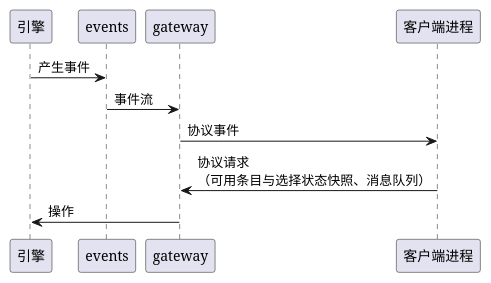
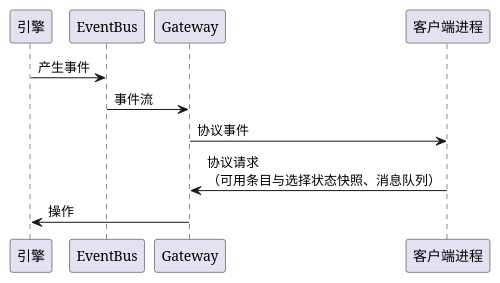
One commit to pisciculus0413/Pisces changed the ninth of 9 diagrams in docs/1 High-Level Design/1 High-Level Design.md. Above: the diagram before and after it, drawn with PlantUML. The commit also changed other lines of this file, not shown here.

````diff
--- a/docs/1 High-Level Design/1 High-Level Design.md
+++ b/docs/1 High-Level Design/1 High-Level Design.md
@@ -586,14 +588,14 @@
 ```plantuml
 @startuml
 participant "引擎" as engine
-participant "events" as events
-participant "gateway" as gateway
+participant "EventBus" as EventBus
+participant "Gateway" as Gateway
 participant "客户端进程" as client
 
-engine -> events : 产生事件
-events -> gateway : 事件流
-gateway -> client : 协议事件
-client -> gateway : 协议请求\n（可用条目与选择状态快照、消息队列）
-gateway -> engine : 操作
+engine -> EventBus : 产生事件
+EventBus -> Gateway : 事件流
+Gateway -> client : 协议事件
+client -> Gateway : 协议请求\n（可用条目与选择状态快照、消息队列）
+Gateway -> engine : 操作
 @enduml
 ```
````
